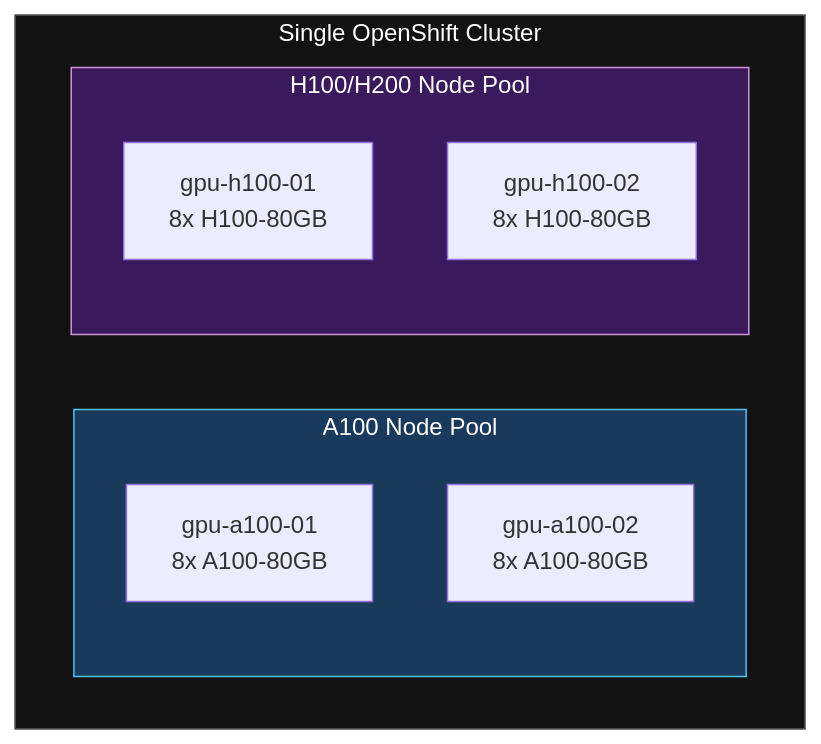
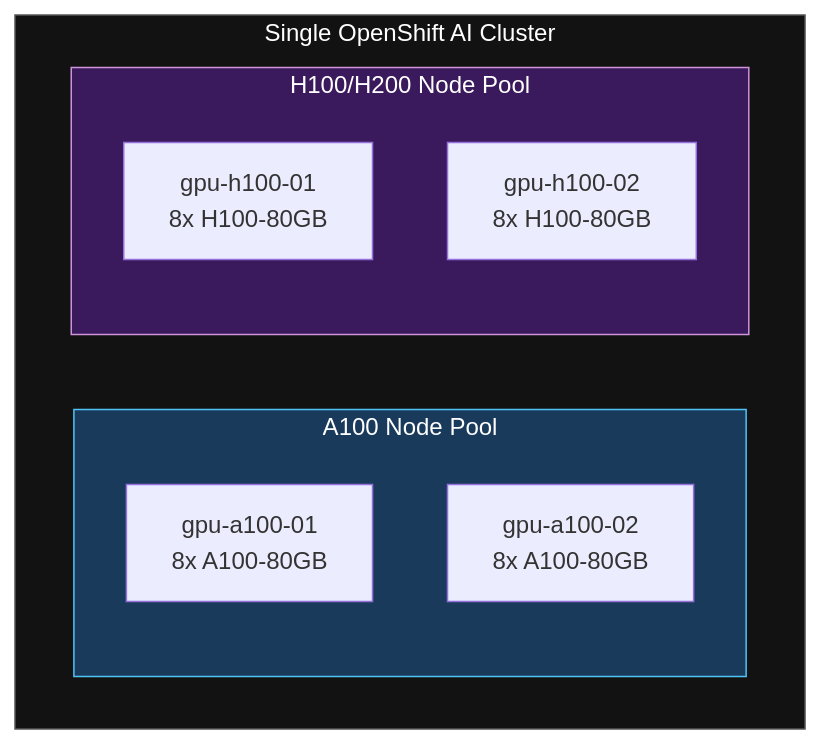
One commit to rrbanda/gpu-as-a-service-examples changed the first of 5 diagrams in heterogeneous-gpu-tiered-inference/README.md. Above: the diagram before and after it, drawn with Mermaid. The commit also changed other lines of this file and 1 other file, not shown here.

First line of the commit message:
Use OpenShift AI consistently in prose and diagrams

````diff
--- a/heterogeneous-gpu-tiered-inference/README.md
+++ b/heterogeneous-gpu-tiered-inference/README.md
@@ -117,17 +117,17 @@
 ```mermaid
 graph TB
-    subgraph cluster["Single OpenShift Cluster"]
+    subgraph cluster["Single OpenShift AI Cluster"]
         subgraph a100pool["A100 Node Pool"]
             A100_1["gpu-a100-01<br/>8x A100-80GB"]
             A100_2["gpu-a100-02<br/>8x A100-80GB"]
         end
         subgraph h100pool["H100/H200 Node Pool"]
             H100_1["gpu-h100-01<br/>8x H100-80GB"]
             H100_2["gpu-h100-02<br/>8x H100-80GB"]
         end
     end
 
     style a100pool fill:#1a3a5c,stroke:#4fc3f7,color:#fff
     style h100pool fill:#3a1a5c,stroke:#ce93d8,color:#fff
     style cluster fill:#121212,stroke:#555,color:#fff
 ```
````
